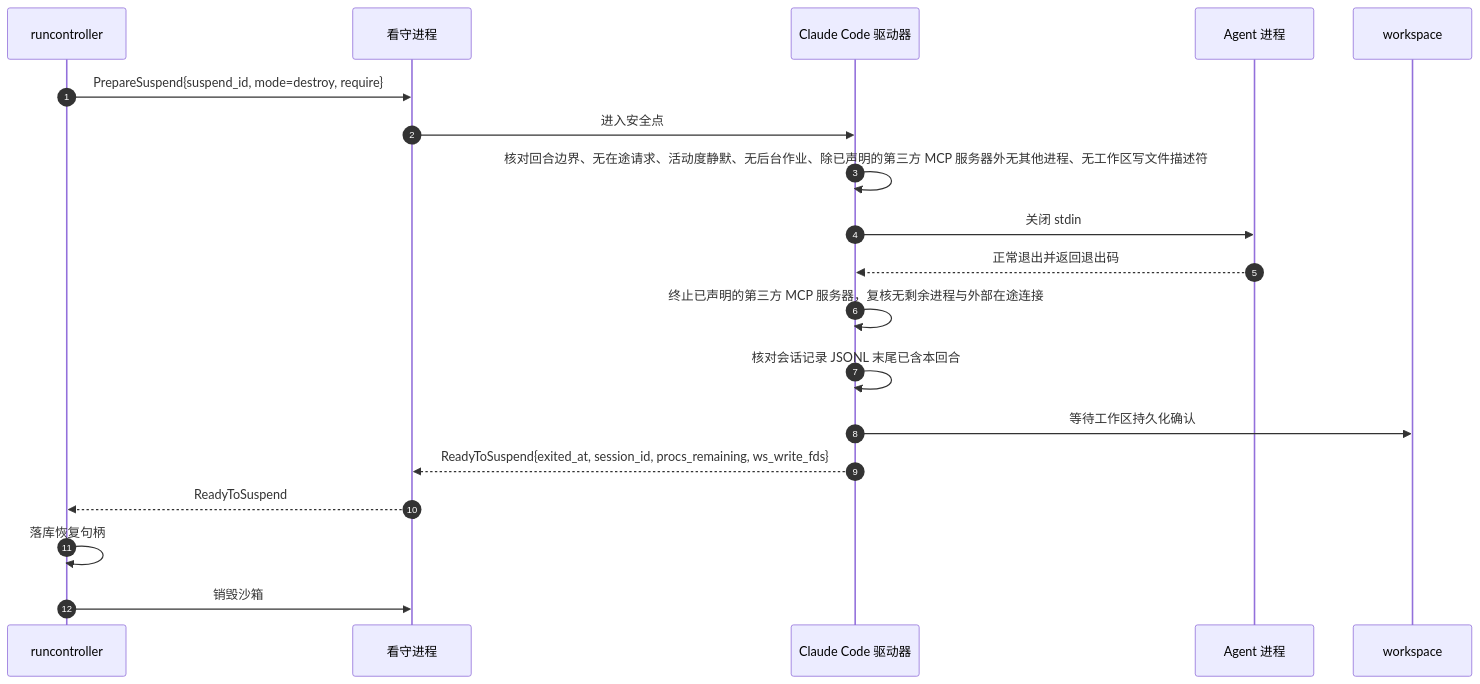
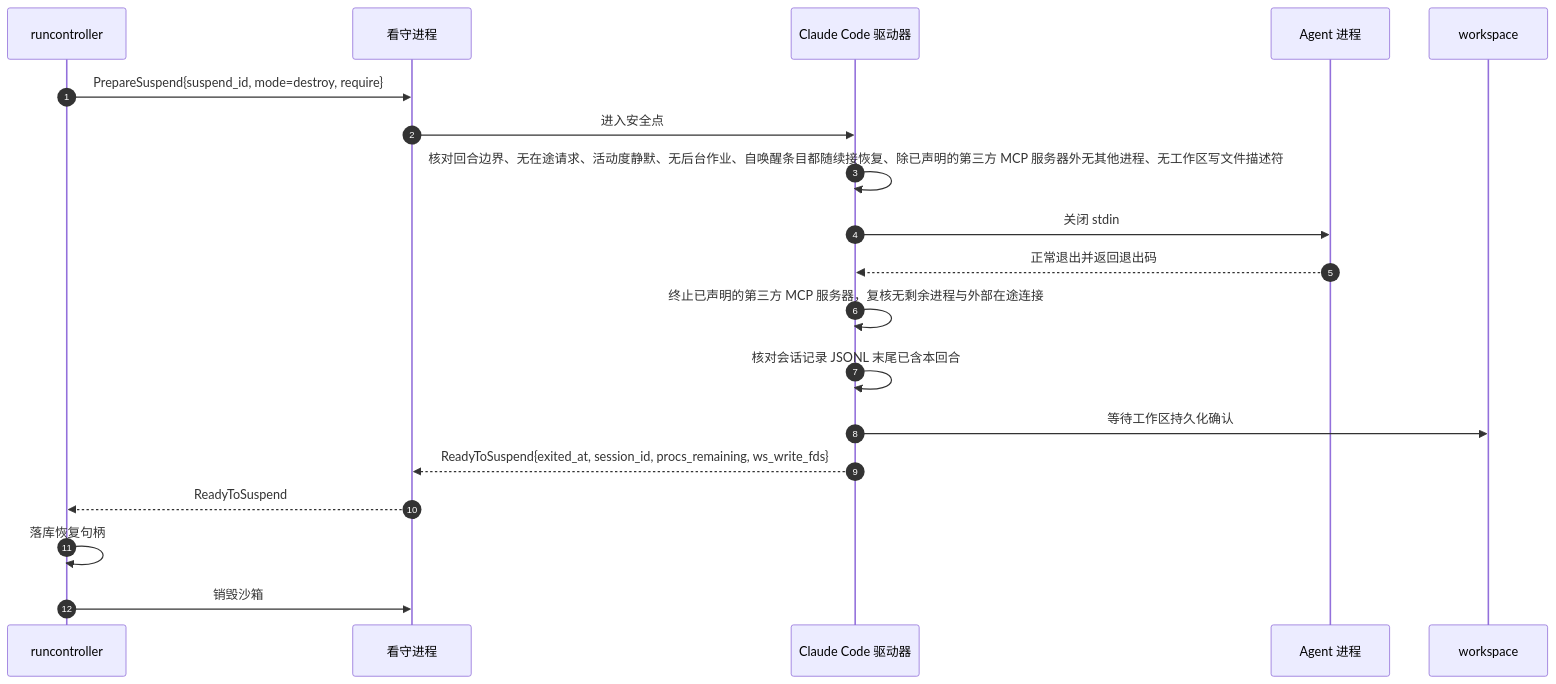
The third of 3 diagrams in docs/design/modules/warden/design-warden-driver-claude-code.md (wangzw/castworks), drawn with Mermaid before and after one commit. The commit also changed other lines of this file and 25 other files, not shown here.

````diff
--- a/docs/design/modules/warden/design-warden-driver-claude-code.md
+++ b/docs/design/modules/warden/design-warden-driver-claude-code.md
@@ -191,21 +203,21 @@
 ```mermaid
 sequenceDiagram
     autonumber
     participant R as runcontroller
     participant W as 看守进程
     participant D as Claude Code 驱动器
     participant A as Agent 进程
     participant S as workspace
     R->>W: PrepareSuspend{suspend_id, mode=destroy, require}
     W->>D: 进入安全点
-    D->>D: 核对回合边界、无在途请求、活动度静默、无后台作业、除已声明的第三方 MCP 服务器外无其他进程、无工作区写文件描述符
+    D->>D: 核对回合边界、无在途请求、活动度静默、无后台作业、自唤醒条目都随续接恢复、除已声明的第三方 MCP 服务器外无其他进程、无工作区写文件描述符
     D->>A: 关闭 stdin
     A-->>D: 正常退出并返回退出码
     D->>D: 终止已声明的第三方 MCP 服务器，复核无剩余进程与外部在途连接
     D->>D: 核对会话记录 JSONL 末尾已含本回合
     D->>S: 等待工作区持久化确认
     D-->>W: ReadyToSuspend{exited_at, session_id, procs_remaining, ws_write_fds}
     W-->>R: ReadyToSuspend
     R->>R: 落库恢复句柄
     R->>W: 销毁沙箱
 ```
````
